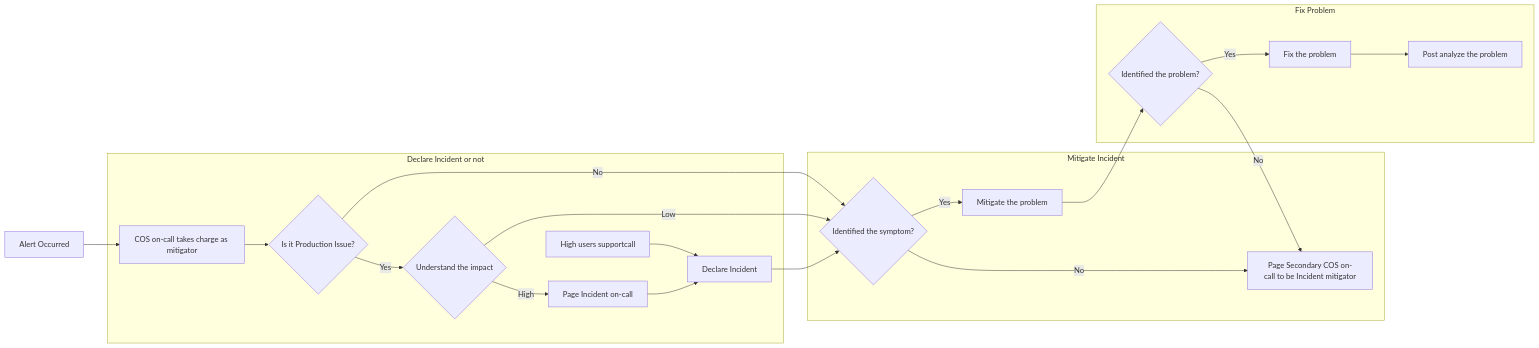
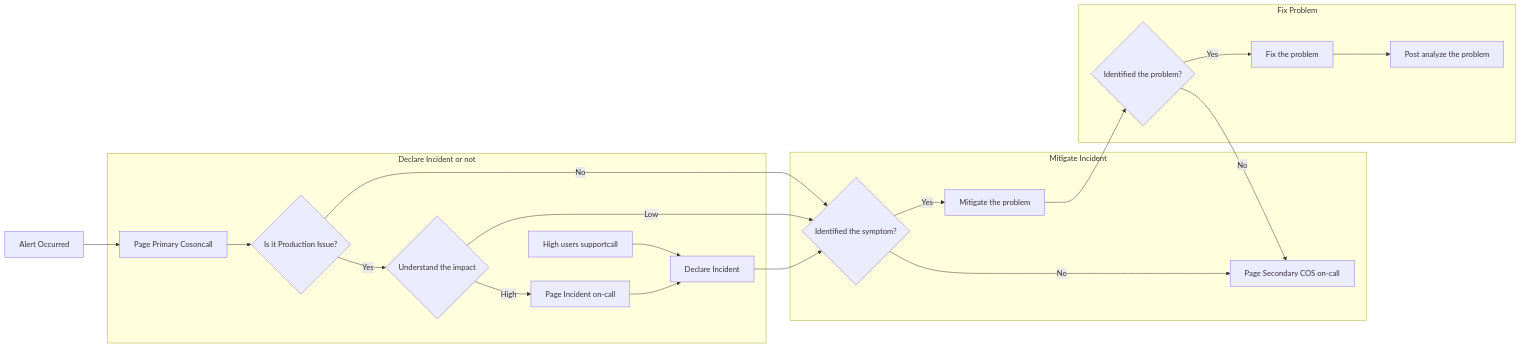
One commit to connectpalaniappan/pal-notes changed the first of 19 diagrams in 3_Resources/Tasks/Global runbook for cosoncall.md. Above: the diagram before and after it, drawn with Mermaid. The commit also changed other lines of this file and 69 other files, not shown here.

````diff
--- a/3_Resources/Tasks/Global runbook for cosoncall.md
+++ b/3_Resources/Tasks/Global runbook for cosoncall.md
@@ -14,24 +14,24 @@
 ```mermaid
 flowchart LR
- Start[Alert Occurred] --> COSonCallTakeCharge[COS on-call takes charge as mitigator]
+ Start[Alert Occurred] --> COSonCallTakeCharge[Page Primary Cosoncall]
  subgraph Declare Incident or not 
    COSonCallTakeCharge --> Analysis{Is it Production Issue?}
    Analysis --> |Yes| Impact{Understand the impact} 
    Impact --> |High| Inform[Page Incident on-call]
    CloverImpacted[High users supportcall] --> Declare[Declare Incident]
  end
  subgraph Mitigate Incident  
    Analysis -->|No| IdentifySymptom{Identified the symptom?}
    Impact --> |Low| IdentifySymptom
    Inform --> Declare 
    Declare --> IdentifySymptom
    IdentifySymptom --> |Yes|Mitigate[Mitigate the problem]
-   IdentifySymptom --> |No|PageSecondaryCOSonCall[Page Secondary COS on-call to be Incident mitigator]
+   IdentifySymptom --> |No|PageSecondaryCOSonCall[Page Secondary COS on-call]
  end
  subgraph Fix Problem
    Mitigate --> IdentifyProblem{Identified the problem?}
    IdentifyProblem --> |Yes|Fix[Fix the problem]
    IdentifyProblem --> |No|PageSecondaryCOSonCall 
    Fix --> Postanalysis[Post analyze the problem]
  end
 ```
````
